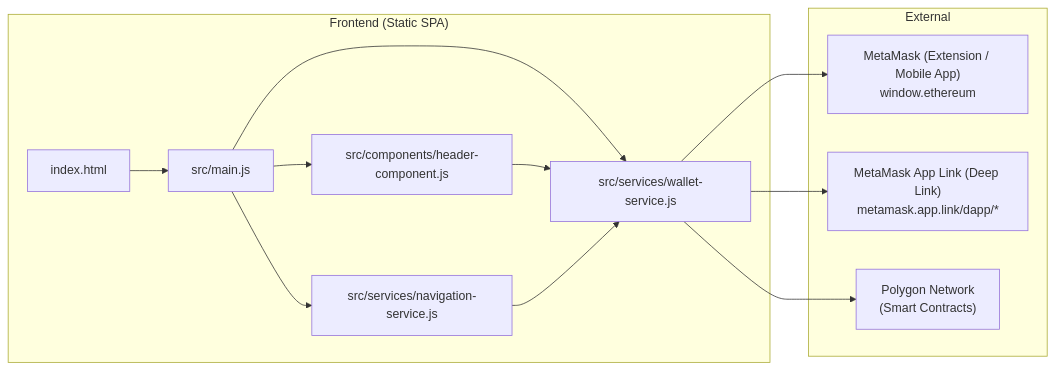
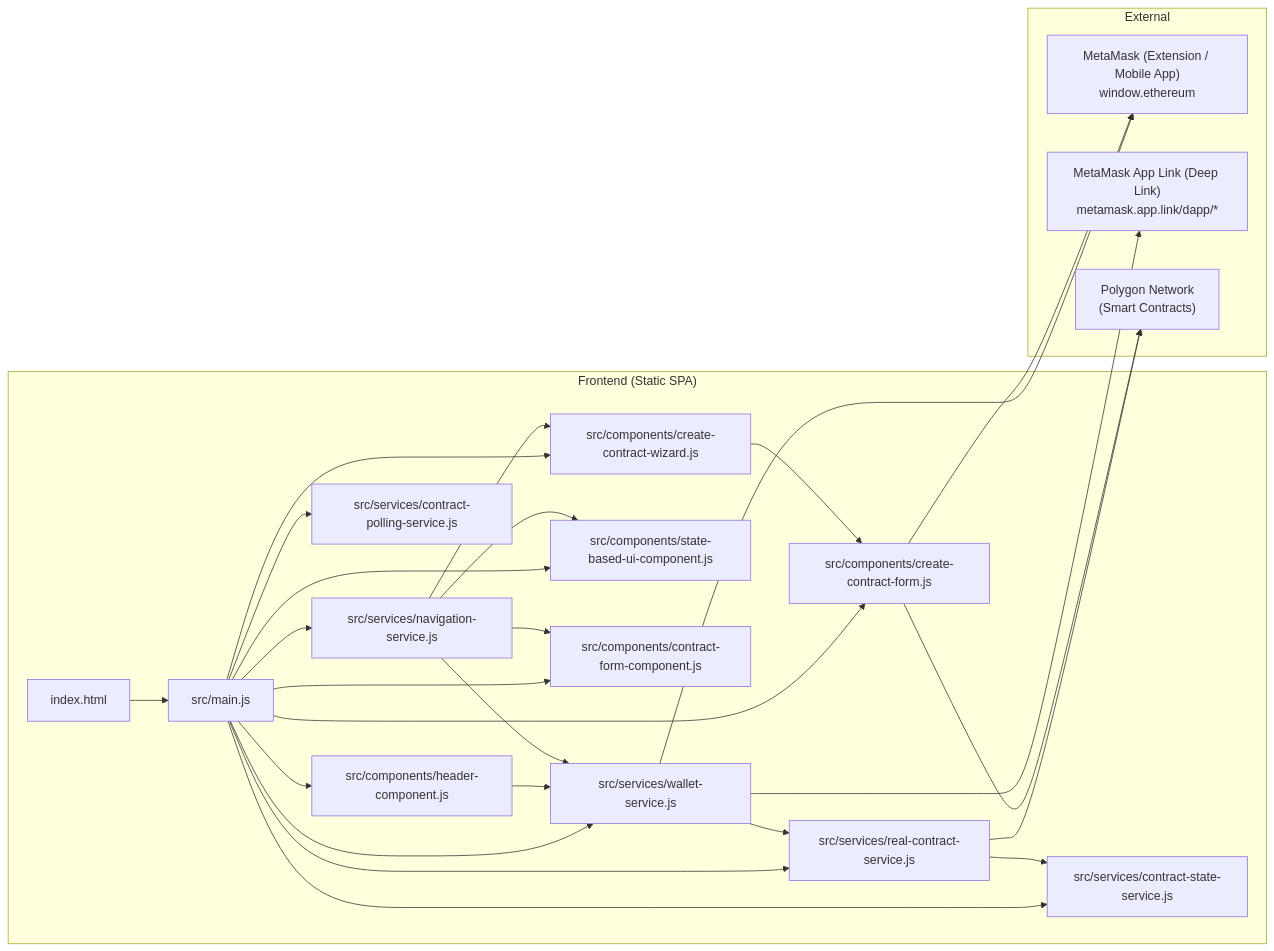
The diagram in .architecture/system.mmd (Dkubitz/Deal-FiV2), drawn with Mermaid before and after one commit. The commit also changed 12 other files, not shown here.

```diff
--- a/.architecture/system.mmd
+++ b/.architecture/system.mmd
@@ -1,29 +1,51 @@
 flowchart LR
   %% System structure (code + dependencies)
 
   subgraph FE["Frontend (Static SPA)"]
     FE_HTML["index.html"]
     FE_MAIN["src/main.js"]
     FE_NAV["src/services/navigation-service.js"]
     FE_WALLET["src/services/wallet-service.js"]
+    FE_REAL["src/services/real-contract-service.js"]
+    FE_STATE["src/services/contract-state-service.js"]
+    FE_POLL["src/services/contract-polling-service.js"]
     FE_HEADER["src/components/header-component.js"]
+    FE_STATE_UI["src/components/state-based-ui-component.js"]
+    FE_FORM["src/components/contract-form-component.js"]
+    FE_CREATE_FORM["src/components/create-contract-form.js"]
+    FE_CREATE_WIZ["src/components/create-contract-wizard.js"]
   end
 
   subgraph EXT["External"]
     MM["MetaMask (Extension / Mobile App)\nwindow.ethereum"]
     MMDL["MetaMask App Link (Deep Link)\nmetamask.app.link/dapp/*"]
     POLY["Polygon Network\n(Smart Contracts)"]
   end
 
   %% Frontend wiring
   FE_HTML --> FE_MAIN
   FE_MAIN --> FE_NAV
   FE_MAIN --> FE_WALLET
+  FE_MAIN --> FE_REAL
+  FE_MAIN --> FE_STATE
+  FE_MAIN --> FE_POLL
   FE_MAIN --> FE_HEADER
+  FE_MAIN --> FE_STATE_UI
+  FE_MAIN --> FE_FORM
+  FE_MAIN --> FE_CREATE_FORM
+  FE_MAIN --> FE_CREATE_WIZ
   FE_HEADER --> FE_WALLET
   FE_NAV --> FE_WALLET
+  FE_WALLET --> FE_REAL
+  FE_REAL --> FE_STATE
+  FE_NAV --> FE_STATE_UI
+  FE_NAV --> FE_FORM
+  FE_NAV --> FE_CREATE_WIZ
+  FE_CREATE_WIZ --> FE_CREATE_FORM
 
   %% External interactions
   FE_WALLET --> MM
   FE_WALLET --> MMDL
-  FE_WALLET --> POLY
+  FE_REAL --> POLY
+  FE_CREATE_FORM --> MM
+  FE_CREATE_FORM --> POLY
```
